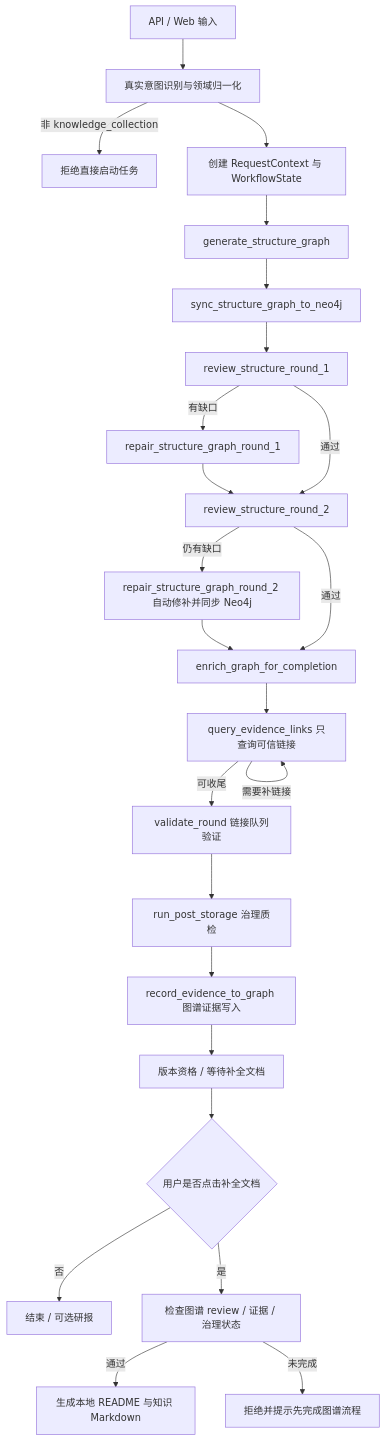
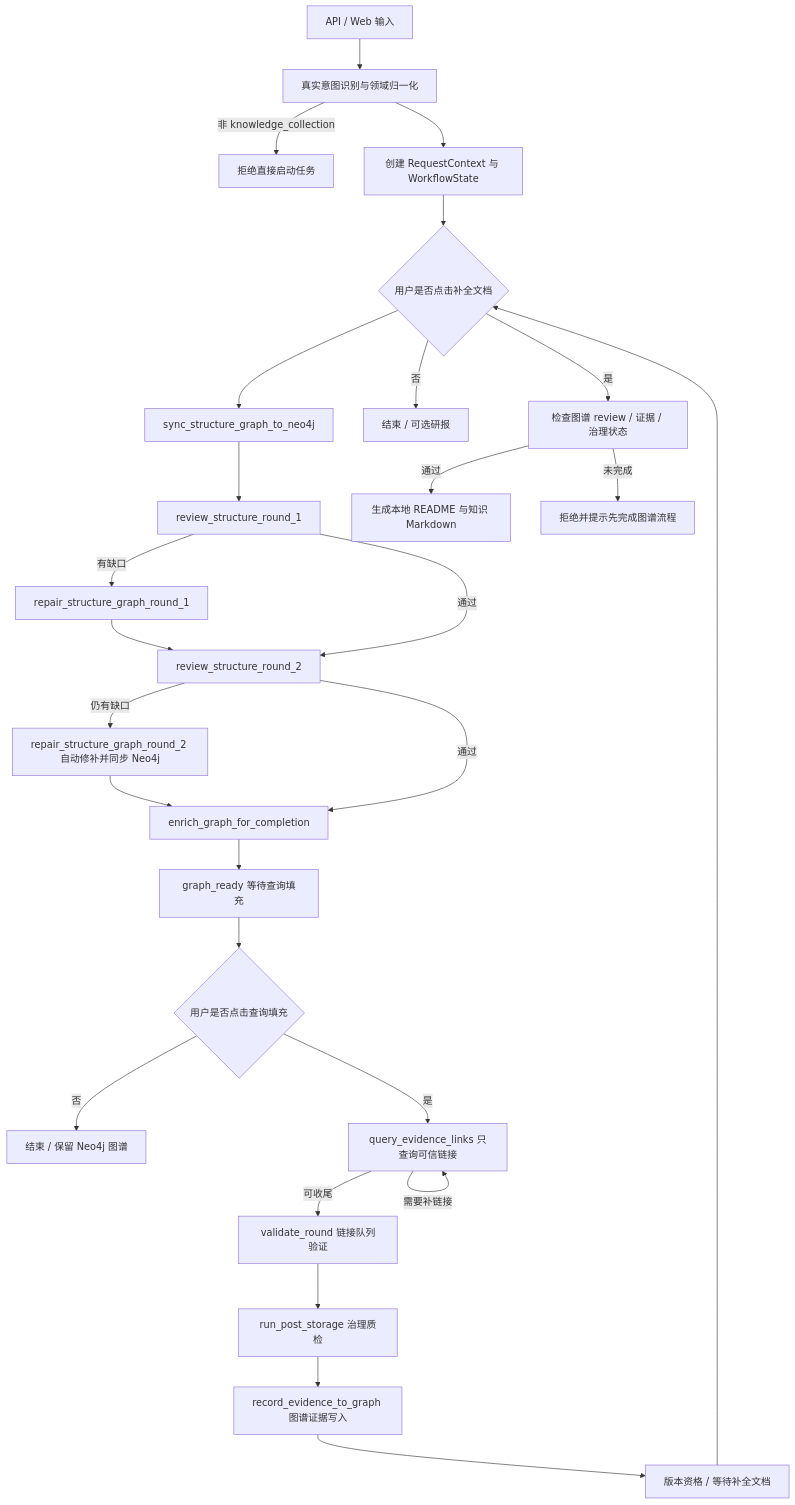
One commit to crabin/knowledgeforge changed the diagram in docs/流程执行文档.md. Above: the diagram before and after it, drawn with Mermaid. The commit also changed other lines of this file and 11 other files, not shown here.

Commit message:
feat: split graph generation from evidence fill

````diff
--- a/docs/流程执行文档.md
+++ b/docs/流程执行文档.md
@@ -11,26 +11,29 @@
 ```mermaid
 flowchart TD
     A[API / Web 输入] --> B[真实意图识别与领域归一化]
     B -->|非 knowledge_collection| X[拒绝直接启动任务]
     B --> C[创建 RequestContext 与 WorkflowState]
     C --> D[generate_structure_graph]
     D --> E[sync_structure_graph_to_neo4j]
     E --> F[review_structure_round_1]
     F -->|有缺口| G[repair_structure_graph_round_1]
     G --> H[review_structure_round_2]
     F -->|通过| H
     H -->|仍有缺口| S[repair_structure_graph_round_2 自动修补并同步 Neo4j]
     S --> I
     H -->|通过| I[enrich_graph_for_completion]
-    I --> J[query_evidence_links 只查询可信链接]
+    I --> W[graph_ready 等待查询填充]
+    W --> Q{用户是否点击查询填充}
+    Q -->|否| R[结束 / 保留 Neo4j 图谱]
+    Q -->|是| J[query_evidence_links 只查询可信链接]
     J -->|需要补链接| J
     J -->|可收尾| L[validate_round 链接队列验证]
     L --> M[run_post_storage 治理质检]
     M --> K[record_evidence_to_graph 图谱证据写入]
     K --> P[版本资格 / 等待补全文档]
-    P --> Q{用户是否点击补全文档}
-    Q -->|否| R[结束 / 可选研报]
-    Q -->|是| T[检查图谱 review / 证据 / 治理状态]
+    P --> D{用户是否点击补全文档}
+    D -->|否| R2[结束 / 可选研报]
+    D -->|是| T[检查图谱 review / 证据 / 治理状态]
     T -->|通过| U[生成本地 README 与知识 Markdown]
     T -->|未完成| V[拒绝并提示先完成图谱流程]
 ```
````
